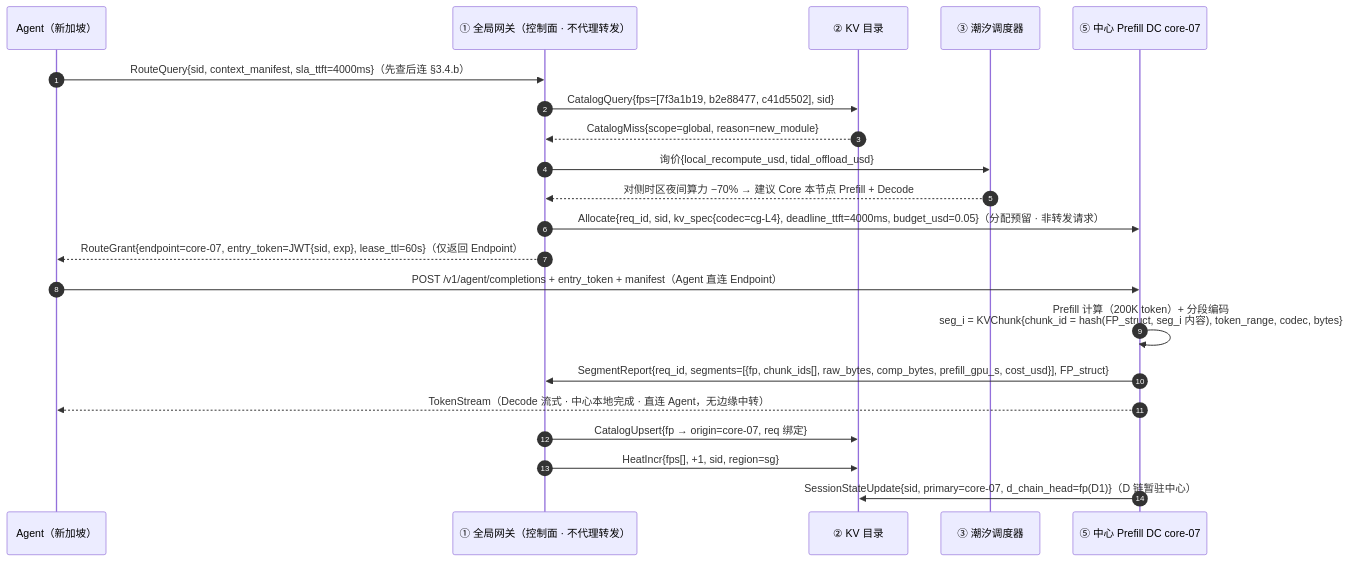
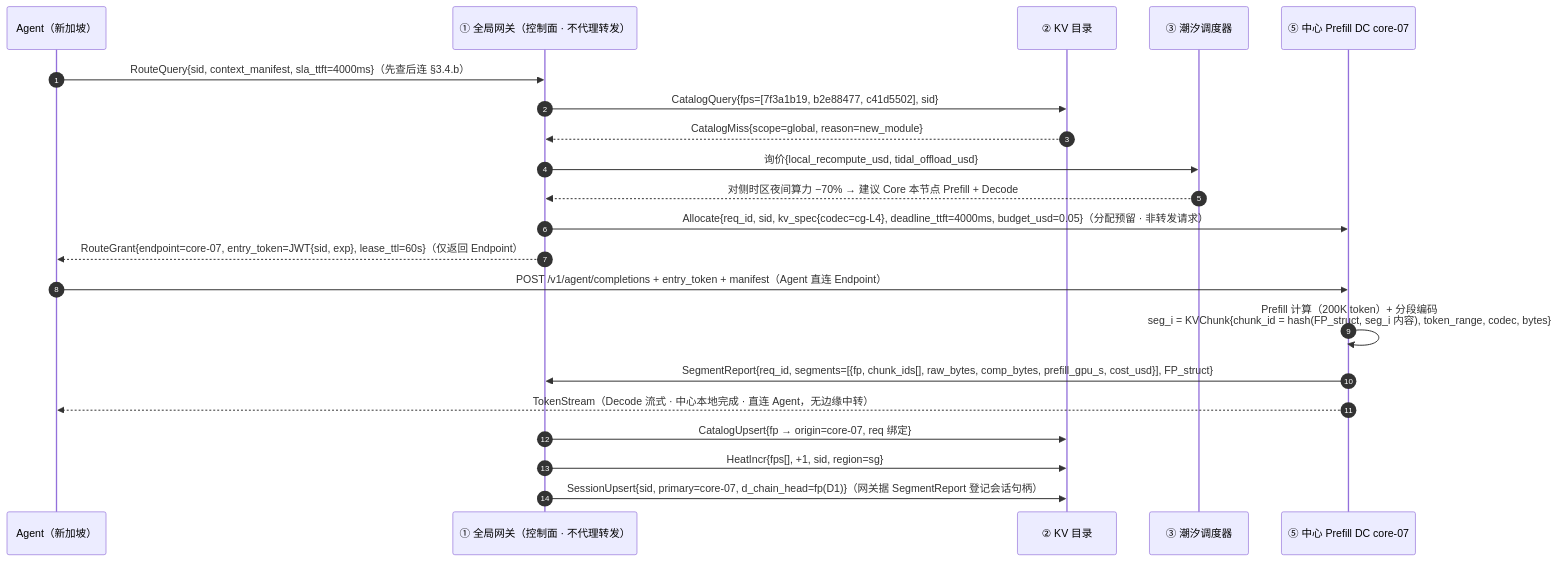
The third of 7 diagrams in KV Cache CDN 解决方案构想报告（完整版V3）.md (asml125-sketch/KVCacheCDNSolution), drawn with Mermaid before and after one commit. The commit also changed other lines of this file and 1 other file, not shown here.

````diff
--- a/KV Cache CDN 解决方案构想报告（完整版V3）.md
+++ b/KV Cache CDN 解决方案构想报告（完整版V3）.md
@@ -572,23 +573,23 @@
 ```mermaid
 sequenceDiagram
     autonumber
     participant A as Agent（新加坡）
     participant GW as ① 全局网关（控制面 · 不代理转发）
     participant CAT as ② KV 目录
     participant T as ③ 潮汐调度器
     participant Core as ⑤ 中心 Prefill DC core-07
     A->>GW: RouteQuery{sid, context_manifest, sla_ttft=4000ms}（先查后连 §3.4.b）
     GW->>CAT: CatalogQuery{fps=[7f3a1b19, b2e88477, c41d5502], sid}
     CAT-->>GW: CatalogMiss{scope=global, reason=new_module}
     GW->>T: 询价{local_recompute_usd, tidal_offload_usd}
     T-->>GW: 对侧时区夜间算力 −70% → 建议 Core 本节点 Prefill + Decode
     GW->>Core: Allocate{req_id, sid, kv_spec{codec=cg-L4}, deadline_ttft=4000ms, budget_usd=0.05}（分配预留 · 非转发请求）
     GW-->>A: RouteGrant{endpoint=core-07, entry_token=JWT{sid, exp}, lease_ttl=60s}（仅返回 Endpoint）
     A->>Core: POST /v1/agent/completions + entry_token + manifest（Agent 直连 Endpoint）
     Core->>Core: Prefill 计算（200K token）+ 分段编码<br/>seg_i = KVChunk{chunk_id = hash(FP_struct, seg_i 内容), token_range, codec, bytes}
     Core->>GW: SegmentReport{req_id, segments=[{fp, chunk_ids[], raw_bytes, comp_bytes, prefill_gpu_s, cost_usd}], FP_struct}
     Core-->>A: TokenStream（Decode 流式 · 中心本地完成 · 直连 Agent，无边缘中转）
     GW->>CAT: CatalogUpsert{fp → origin=core-07, req 绑定}
     GW->>CAT: HeatIncr{fps[], +1, sid, region=sg}
-    Core->>CAT: SessionStateUpdate{sid, primary=core-07, d_chain_head=fp(D1)}（D 链暂驻中心）
+    GW->>CAT: SessionUpsert{sid, primary=core-07, d_chain_head=fp(D1)}（网关据 SegmentReport 登记会话句柄）
 ```
````
